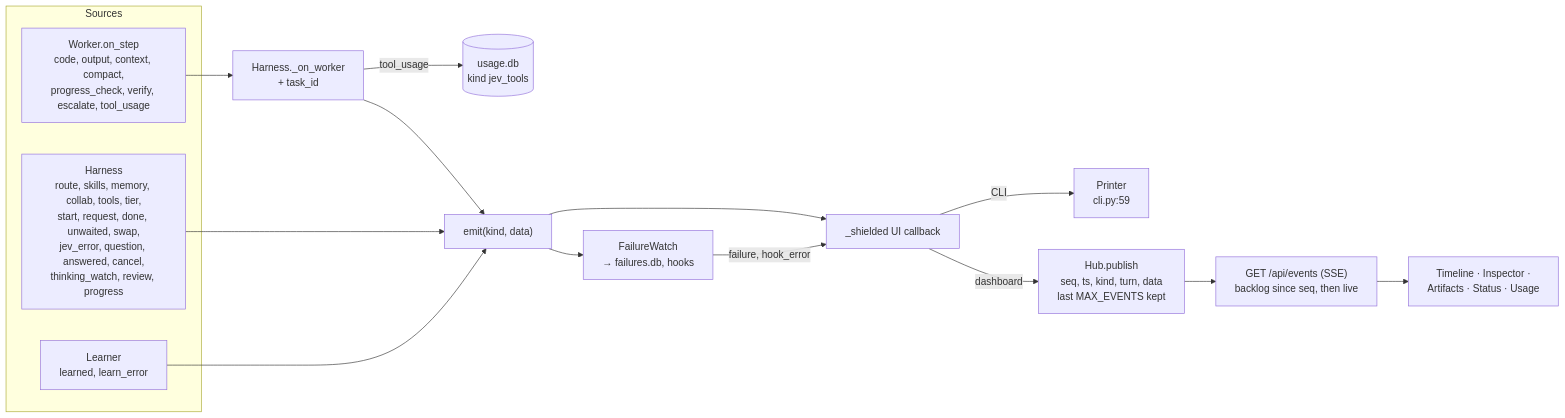
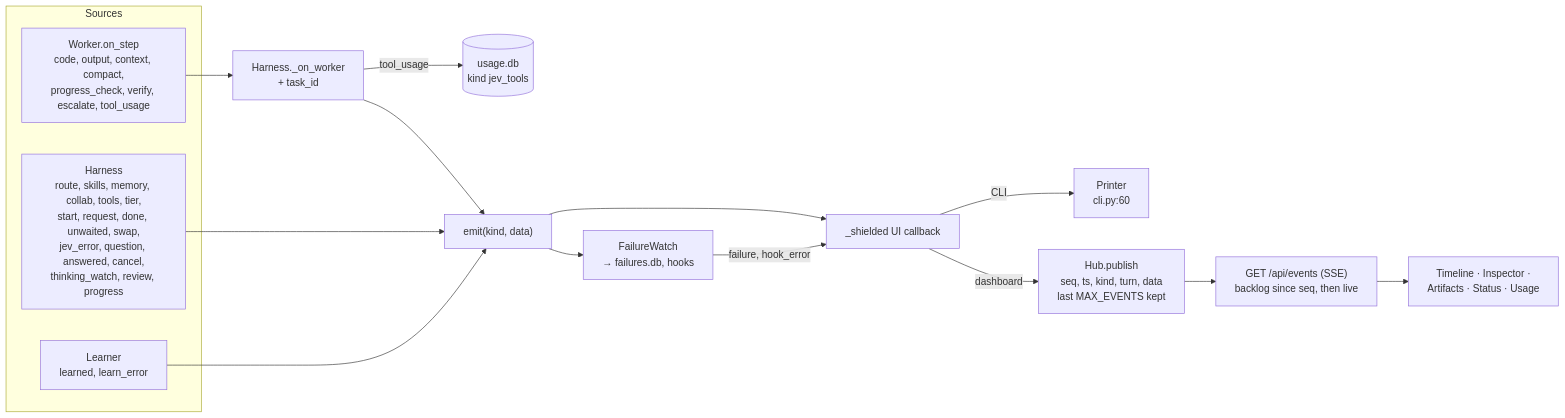
One commit to slumpsod/jev-harness changed the first of 3 diagrams in docs/architecture/10-observability.md. Above: the diagram before and after it, drawn with Mermaid. The commit also changed other lines of this file and 40 other files, not shown here.

````diff
--- a/docs/architecture/10-observability.md
+++ b/docs/architecture/10-observability.md
@@ -11,20 +11,20 @@
 ```mermaid
 flowchart LR
   subgraph Sources
     H["Harness<br/>route, skills, memory, collab, tools, tier,<br/>start, request, done, unwaited, swap,<br/>jev_error, question, answered, cancel,<br/>thinking_watch, review, progress"]
     W["Worker.on_step<br/>code, output, context, compact,<br/>progress_check, verify, escalate, tool_usage"]
     L["Learner<br/>learned, learn_error"]
   end
   W --> OW["Harness._on_worker<br/>+ task_id"]
   OW -- "tool_usage" --> U[("usage.db<br/>kind jev_tools")]
   OW --> EM["emit(kind, data)"]
   H --> EM
   L --> EM
   EM --> SH["_shielded UI callback"]
   EM --> FW["FailureWatch<br/>→ failures.db, hooks"]
   FW -- "failure, hook_error" --> SH
-  SH -- "CLI" --> PR["Printer<br/>cli.py:59"]
+  SH -- "CLI" --> PR["Printer<br/>cli.py:60"]
   SH -- "dashboard" --> HUB["Hub.publish<br/>seq, ts, kind, turn, data<br/>last MAX_EVENTS kept"]
   HUB --> SSE["GET /api/events (SSE)<br/>backlog since seq, then live"]
   SSE --> UI["Timeline · Inspector ·<br/>Artifacts · Status · Usage"]
 ```
````
